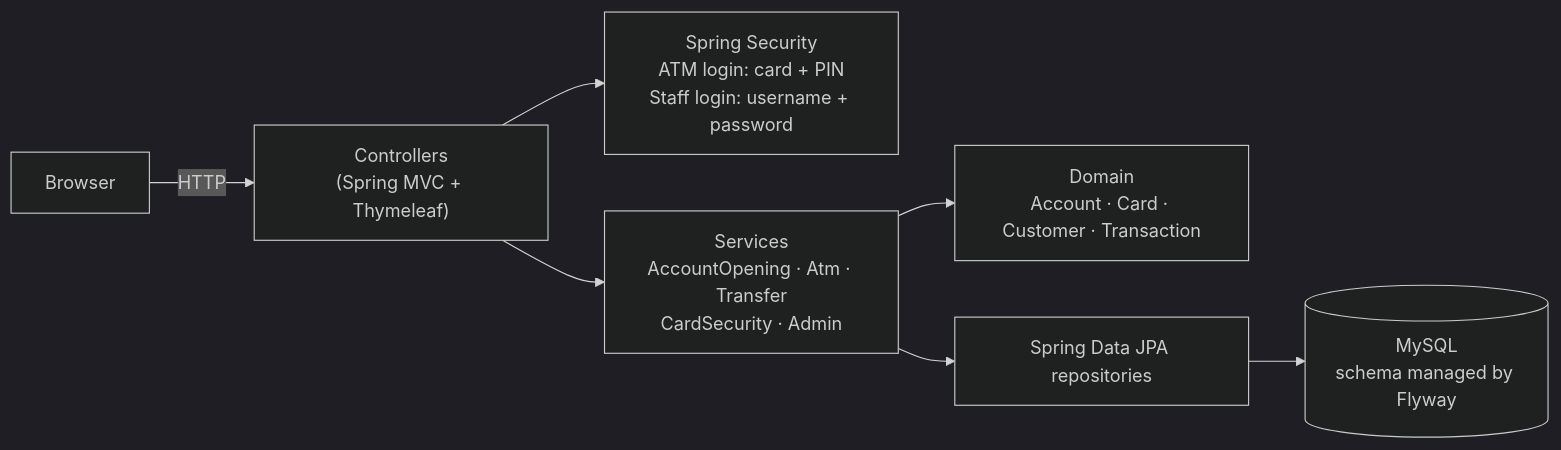
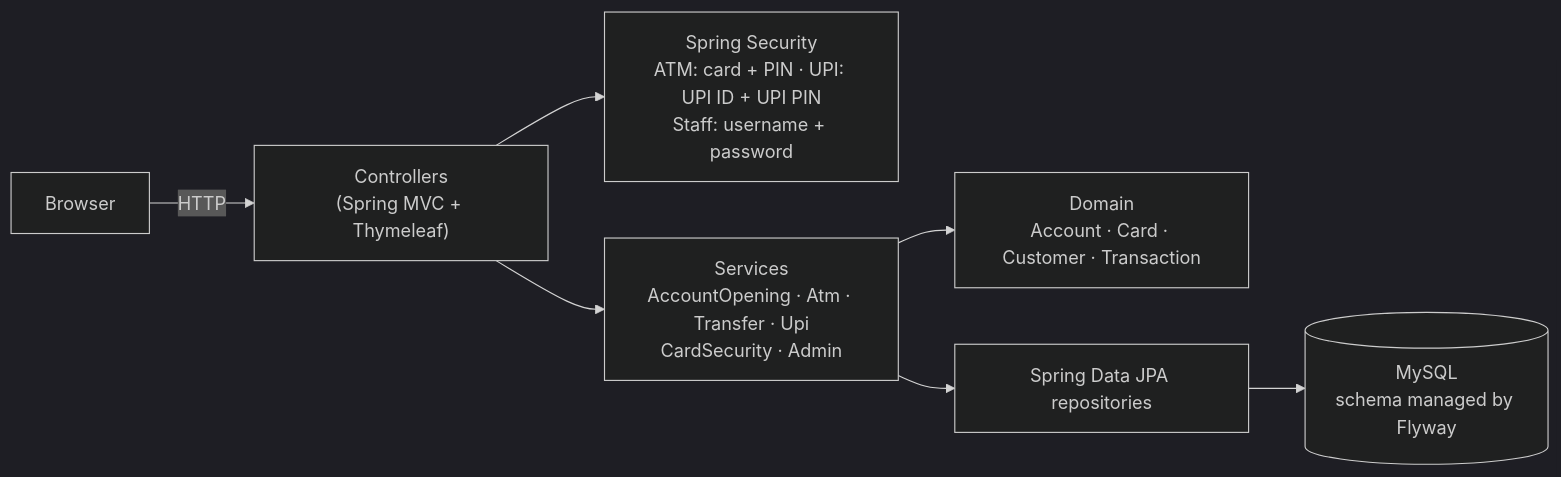
The diagram in README.md (Koustubh67/Bank-Management-System-with-Java-and-Mysql), drawn with Mermaid (dark theme) before and after one commit. The commit also changed other lines of this file and 64 other files, not shown here.

First line of the commit message:
Add JavaPay UPI, realistic ATM animations and a full landing page

````diff
--- a/README.md
+++ b/README.md
@@ -49,9 +68,9 @@
 ```mermaid
 flowchart LR
     Browser -->|HTTP| Web["Controllers<br/>(Spring MVC + Thymeleaf)"]
-    Web --> Sec["Spring Security<br/>ATM login: card + PIN<br/>Staff login: username + password"]
-    Web --> Svc["Services<br/>AccountOpening · Atm · Transfer<br/>CardSecurity · Admin"]
+    Web --> Sec["Spring Security<br/>ATM: card + PIN · UPI: UPI ID + UPI PIN<br/>Staff: username + password"]
+    Web --> Svc["Services<br/>AccountOpening · Atm · Transfer · Upi<br/>CardSecurity · Admin"]
     Svc --> Dom["Domain<br/>Account · Card · Customer · Transaction"]
     Svc --> Repo["Spring Data JPA repositories"]
     Repo --> DB[("MySQL<br/>schema managed by Flyway")]
 ```
````
